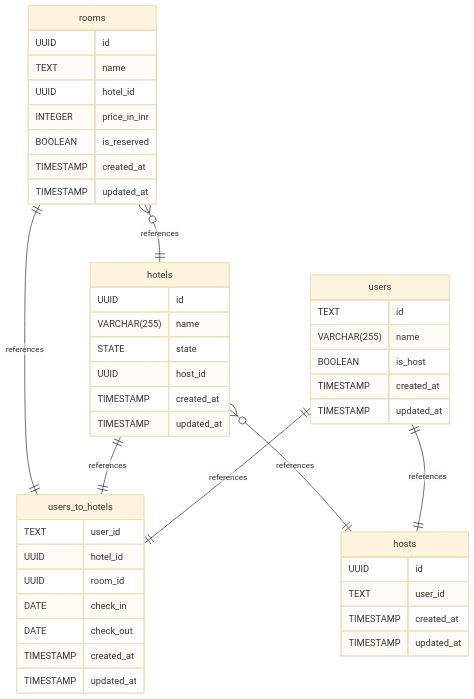
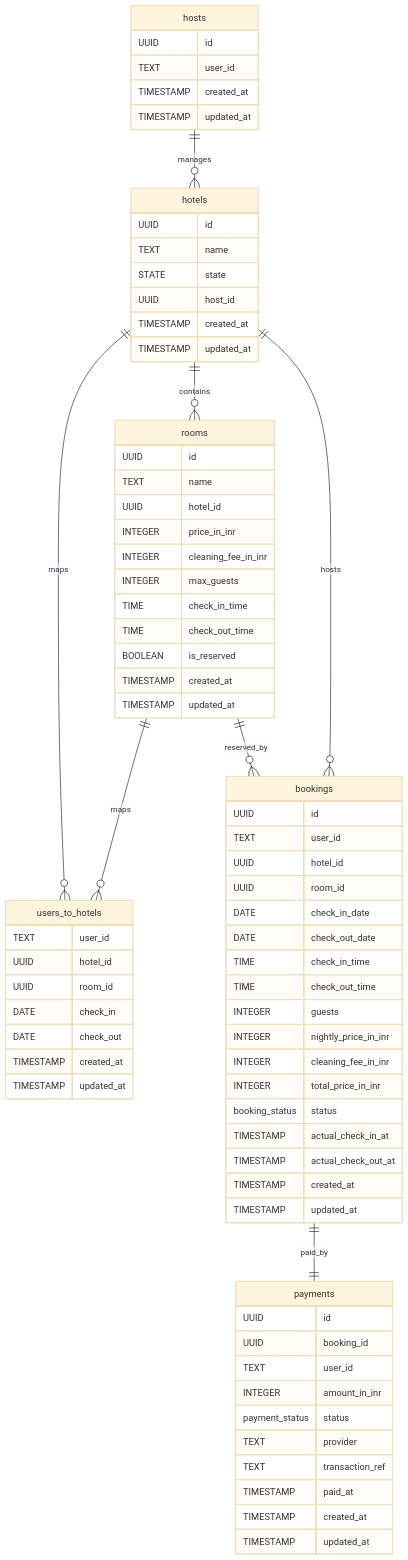
The diagram in schema_diagram.md (Vardhanb07/hrbs-backend), drawn with Mermaid (base theme) before and after one commit. The commit also changed other lines of this file and 23 other files, not shown here.

First line of the commit message:
feat: add Airbnb-style booking and payment backend flows

````diff
--- a/schema_diagram.md
+++ b/schema_diagram.md
@@ -92,23 +124,16 @@
 ```mermaid
 erDiagram
-	users ||--|| users_to_hotels : references
-	hotels ||--|| users_to_hotels : references
-	rooms ||--|| users_to_hotels : references
-	rooms }o--|| hotels : references
-	users ||--|| hosts : references
-	hotels }o--|| hosts : references
-
-	users {
-		TEXT id
-		VARCHAR(255) name
-		BOOLEAN is_host
-		TIMESTAMP created_at
-		TIMESTAMP updated_at
-	}
+	hotels ||--o{ rooms : contains
+	hotels ||--o{ users_to_hotels : maps
+	rooms ||--o{ users_to_hotels : maps
+	hosts ||--o{ hotels : manages
+	rooms ||--o{ bookings : reserved_by
+	hotels ||--o{ bookings : hosts
+	bookings ||--|| payments : paid_by
 
 	hotels {
 		UUID id
-		VARCHAR(255) name
+		TEXT name
 		STATE state
 		UUID host_id
 		TIMESTAMP created_at
@@ -127,9 +152,13 @@
 
 	rooms {
 		UUID id
-		TEXT name 
+		TEXT name
 		UUID hotel_id
 		INTEGER price_in_inr
+		INTEGER cleaning_fee_in_inr
+		INTEGER max_guests
+		TIME check_in_time
+		TIME check_out_time
 		BOOLEAN is_reserved
 		TIMESTAMP created_at
 		TIMESTAMP updated_at
@@ -141,4 +170,37 @@
 		TIMESTAMP created_at
 		TIMESTAMP updated_at
 	}
+
+	bookings {
+		UUID id
+		TEXT user_id
+		UUID hotel_id
+		UUID room_id
+		DATE check_in_date
+		DATE check_out_date
+		TIME check_in_time
+		TIME check_out_time
+		INTEGER guests
+		INTEGER nightly_price_in_inr
+		INTEGER cleaning_fee_in_inr
+		INTEGER total_price_in_inr
+		booking_status status
+		TIMESTAMP actual_check_in_at
+		TIMESTAMP actual_check_out_at
+		TIMESTAMP created_at
+		TIMESTAMP updated_at
+	}
+
+	payments {
+		UUID id
+		UUID booking_id
+		TEXT user_id
+		INTEGER amount_in_inr
+		payment_status status
+		TEXT provider
+		TEXT transaction_ref
+		TIMESTAMP paid_at
+		TIMESTAMP created_at
+		TIMESTAMP updated_at
+	}
 ```
````
